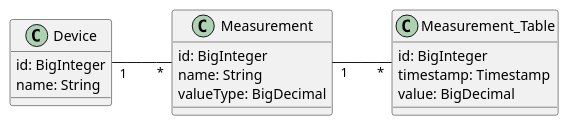
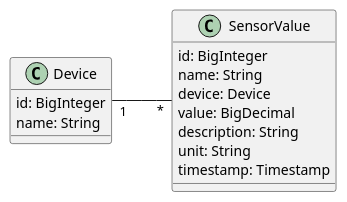
The diagram in asciidocs/puml/cld.puml (RadicSebastian3/2325-4chif-syp-project-iot-dashboard), drawn with PlantUML before and after one commit. The commit also changed 3 other files, not shown here.

```diff
--- a/asciidocs/puml/cld.puml
+++ b/asciidocs/puml/cld.puml
@@ -1,23 +1,20 @@
 @startuml
 left to right direction
 
 class Device{
     id: BigInteger
     name: String
 }
 
-class Measurement{
+class SensorValue{
     id: BigInteger
     name: String
-    valueType: BigDecimal
-}
+    device: Device
+    value: BigDecimal
+    description: String
+    unit: String
+    timestamp: Timestamp
+ }
 
-class Measurement_Table{
-    id: BigInteger
-    timestamp: Timestamp
-    value: BigDecimal
-}
-
-Device "1" -- "*" Measurement
-Measurement "1" -- "*" Measurement_Table
+Device "1"--"*" SensorValue
 @enduml
```
